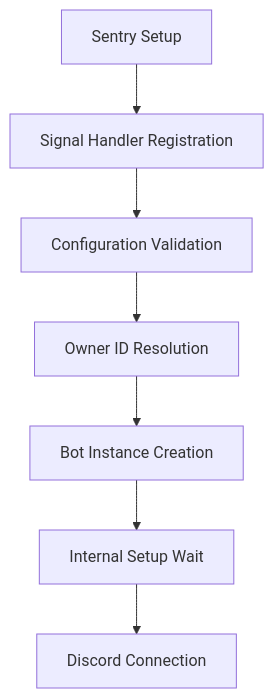
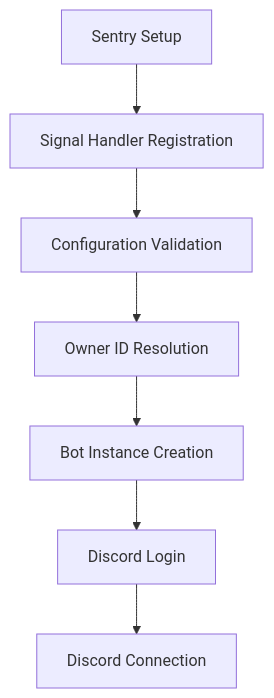
One commit to allthingslinux/tux changed the diagram in docs/content/developer/concepts/core/app.md. Above: the diagram before and after it, drawn with Mermaid. The commit also changed other lines of this file and 4 other files, not shown here.

````diff
--- a/docs/content/developer/concepts/core/app.md
+++ b/docs/content/developer/concepts/core/app.md
@@ -54,9 +55,9 @@
 ```mermaid
 graph TD
     A[Sentry Setup] --> B[Signal Handler Registration]
     B --> C[Configuration Validation]
     C --> D[Owner ID Resolution]
     D --> E[Bot Instance Creation]
-    E --> F[Internal Setup Wait]
+    E --> F[Discord Login]
     F --> G[Discord Connection]
 ```
````
